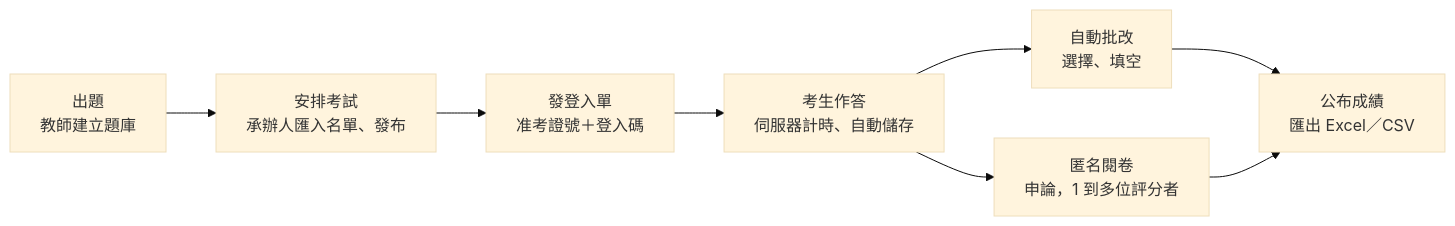
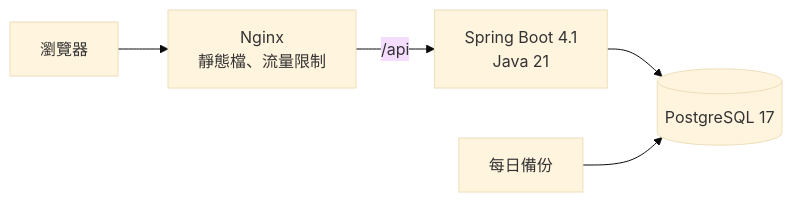
One commit to alaner652/tpcu-testa changed the diagram in README.zh-TW.md. Above: the diagram before and after it, drawn with Mermaid (base theme). The commit also changed other lines of this file and 6 other files, not shown here.

````diff
--- a/README.zh-TW.md
+++ b/README.zh-TW.md
@@ -34,10 +68,7 @@
 ```mermaid
 flowchart LR
-    A["出題<br/>教師建立題庫"] --> B["安排考試<br/>承辦人匯入名單、發布"]
-    B --> C["發登入單<br/>准考證號＋登入碼"]
-    C --> D["考生作答<br/>伺服器計時、自動儲存"]
-    D --> E["自動批改<br/>選擇、填空"]
-    D --> F["匿名閱卷<br/>申論，1 到多位評分者"]
-    E --> G["公布成績<br/>匯出 Excel／CSV"]
-    F --> G
+    U["瀏覽器"] --> N["Nginx<br/>靜態檔、流量限制"]
+    N -->|/api| S["Spring Boot 4.1<br/>Java 21"]
+    S --> D[("PostgreSQL 17")]
+    B["每日備份"] --> D
 ```
````
